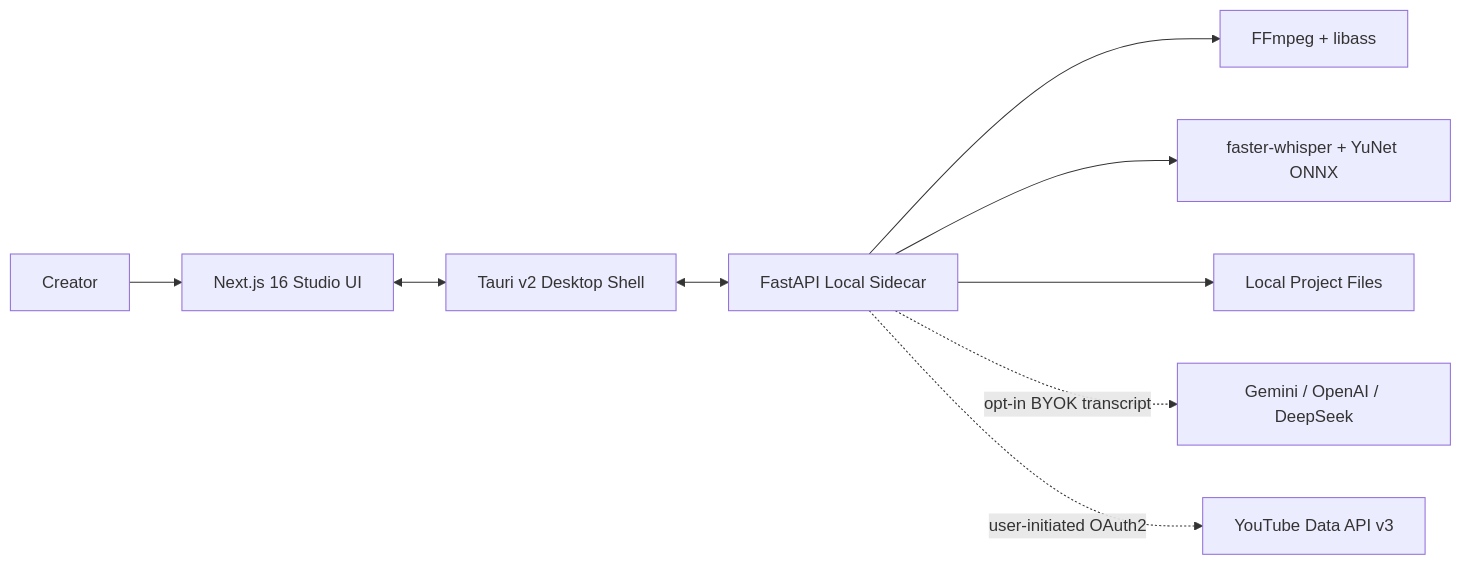
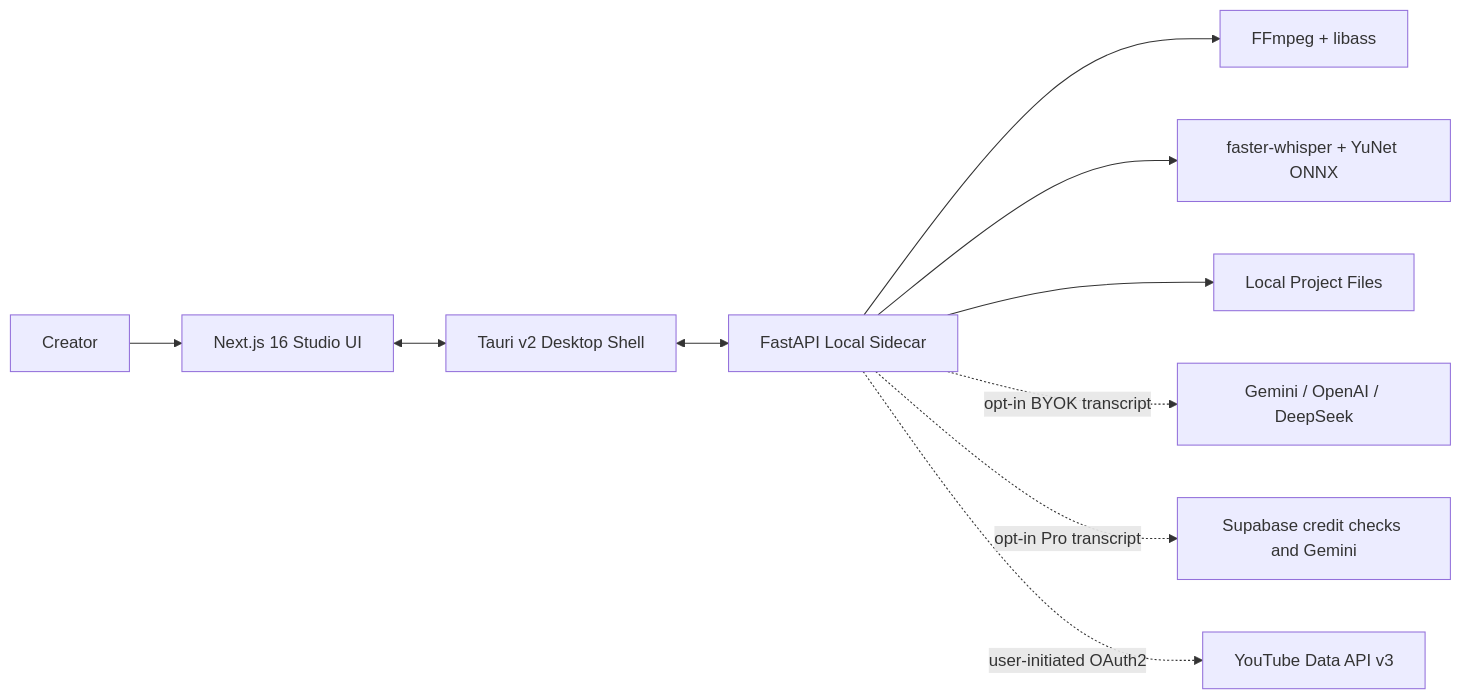
One commit to abdullohtariq/ClipRobin changed the first of 2 diagrams in README.md. Above: the diagram before and after it, drawn with Mermaid. The commit also changed other lines of this file and 45 other files, not shown here.

````diff
--- a/README.md
+++ b/README.md
@@ -28,11 +28,12 @@
 ```mermaid
 flowchart LR
 	User[Creator] --> UI[Next.js 16 Studio UI]
 	UI <--> Desktop[Tauri v2 Desktop Shell]
 	Desktop <--> Python[FastAPI Local Sidecar]
 	Python --> FFmpeg[FFmpeg + libass]
 	Python --> Models[faster-whisper + YuNet ONNX]
 	Python --> Files[Local Project Files]
 	Python -. opt-in BYOK transcript .-> API[Gemini / OpenAI / DeepSeek]
+	Python -. opt-in Pro transcript .-> Hosted[Supabase credit checks and Gemini]
 	Python -. user-initiated OAuth2 .-> YT[YouTube Data API v3]
 ```
````
